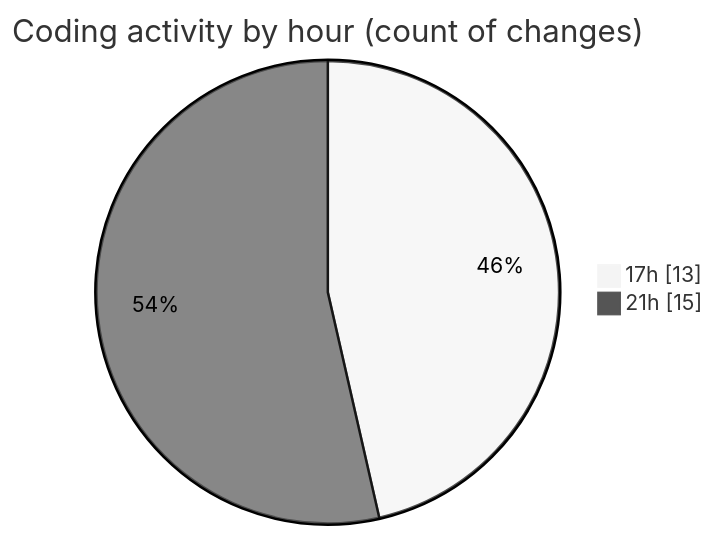
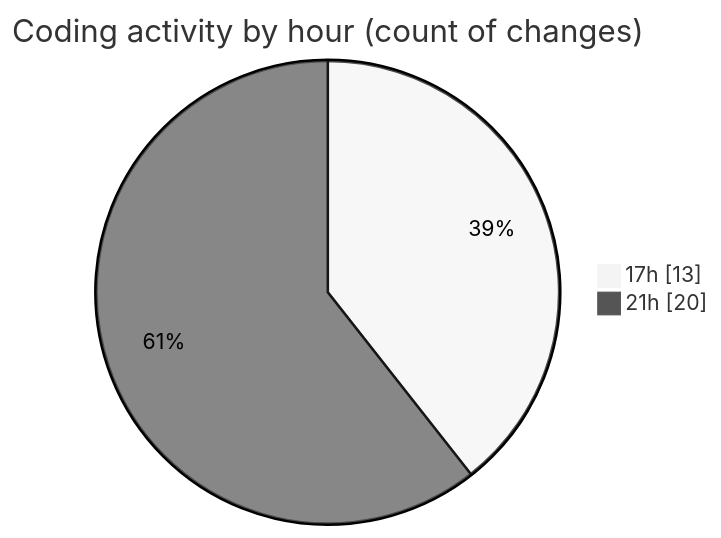
The second of 2 diagrams in 2026-07-03/researchlens/README.md (Unknowalive/code-tracking), drawn with Mermaid (neutral theme) before and after one commit. The commit also changed other lines of this file and 1 other file, not shown here.

````diff
--- a/2026-07-03/researchlens/README.md
+++ b/2026-07-03/researchlens/README.md
@@ -45,6 +45,6 @@
 ```mermaid
 pie showData
 title Coding activity by hour (count of changes)
 "17h" : 13
-"21h" : 15
+"21h" : 20
 ```
````
